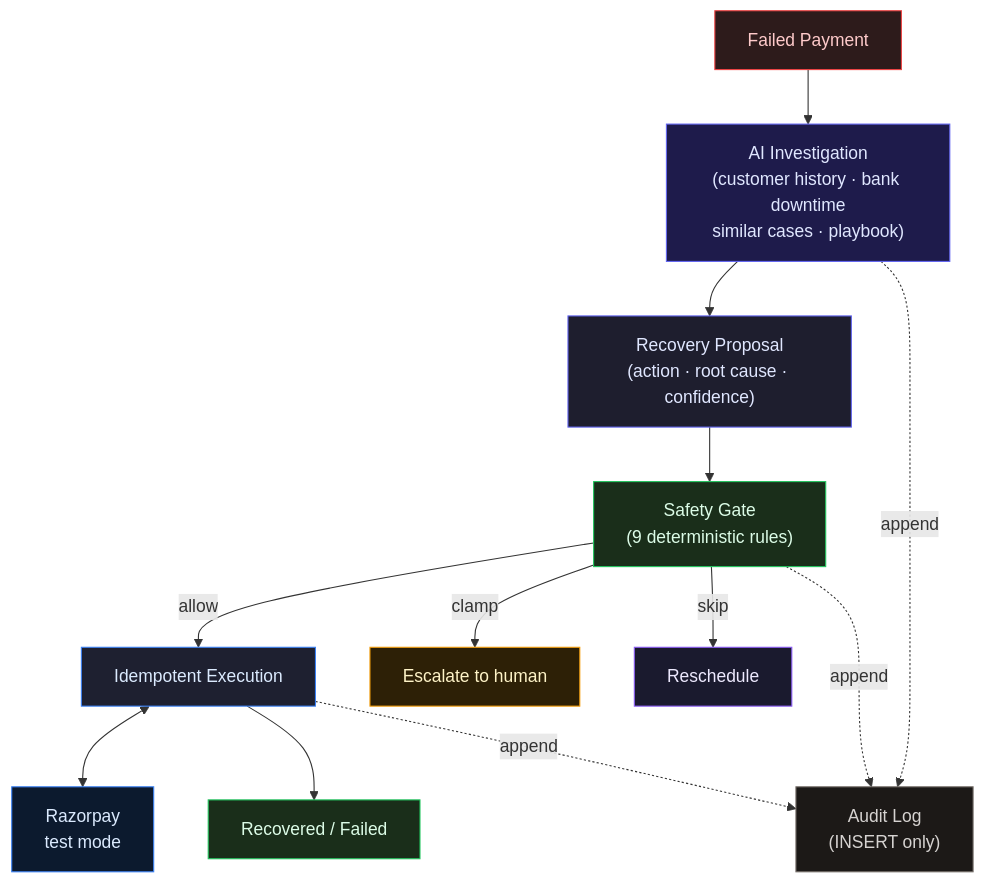
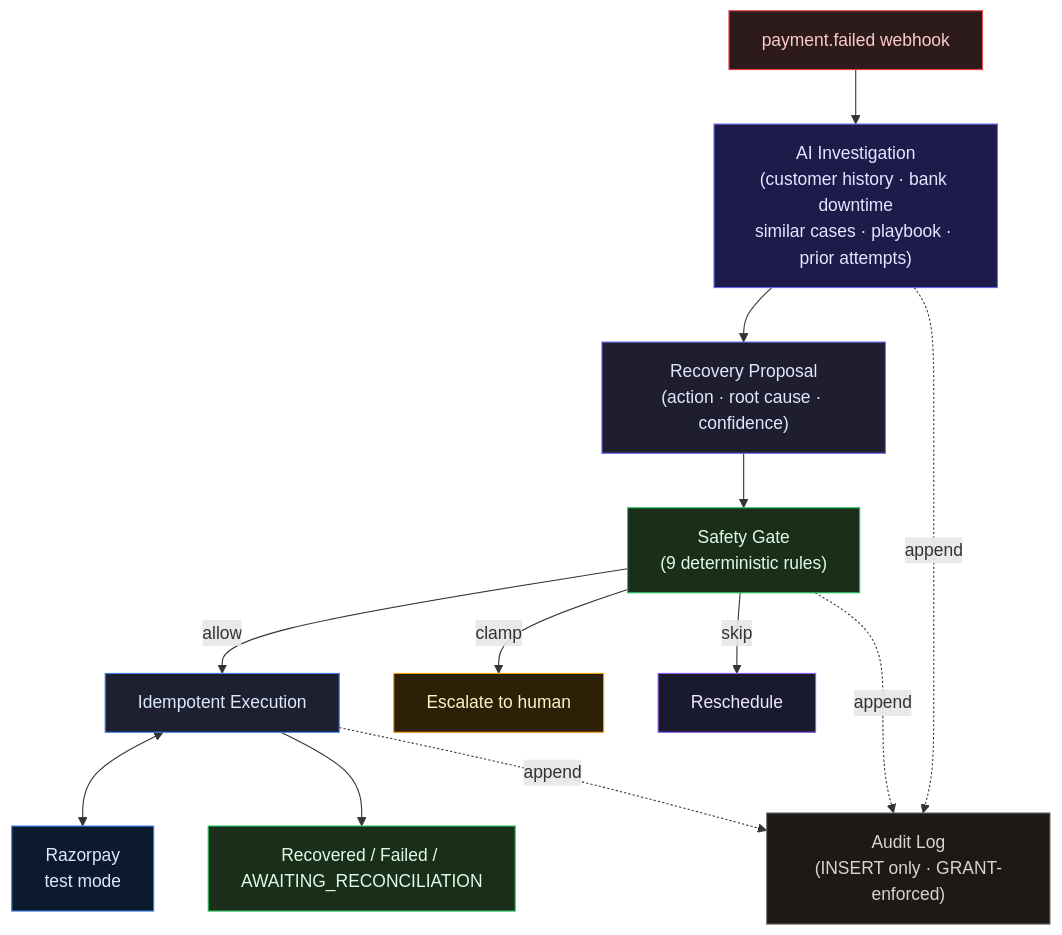
Before and after one commit to Mithurn/Razorpay-track3: the diagram in README.md, drawn with Mermaid. The commit also changed other lines of this file and 11 other files, not shown here.

````diff
--- a/README.md
+++ b/README.md
@@ -85,32 +90,32 @@
 ```mermaid
 flowchart TD
-    FP["Failed Payment"]
-    
-    FP --> AGT["AI Investigation<br/>(customer history · bank downtime<br/>similar cases · playbook)"]
-    
+    FP["payment.failed webhook"]
+
+    FP --> AGT["AI Investigation<br/>(customer history · bank downtime<br/>similar cases · playbook · prior attempts)"]
+
     AGT --> PROP["Recovery Proposal<br/>(action · root cause · confidence)"]
-    
+
     PROP --> GATE["Safety Gate<br/>(9 deterministic rules)"]
-    
+
     GATE -- "allow" --> EX["Idempotent Execution"]
     GATE -- "clamp" --> ESC["Escalate to human"]
     GATE -- "skip" --> RS["Reschedule"]
-    
+
     EX <--> RZ["Razorpay<br/>test mode"]
-    EX --> OUT["Recovered / Failed"]
-    
-    AGT -. "append" .-> LOG["Audit Log<br/>(INSERT only)"]
+    EX --> OUT["Recovered / Failed / AWAITING_RECONCILIATION"]
+
+    AGT -. "append" .-> LOG["Audit Log<br/>(INSERT only · GRANT-enforced)"]
     GATE -. "append" .-> LOG
     EX -. "append" .-> LOG
-    
+
     style AGT fill:#1e1b4b,stroke:#6366f1,color:#e0e7ff
     style GATE fill:#1a2e1a,stroke:#22c55e,color:#dcfce7
     style LOG fill:#1c1917,stroke:#78716c,color:#d6d3d1
     style RZ fill:#0c1a2e,stroke:#3b82f6,color:#dbeafe
     style FP fill:#2d1b1b,stroke:#ef4444,color:#fecaca
     style ESC fill:#2d2006,stroke:#f59e0b,color:#fef3c7
     style RS fill:#1a1a2e,stroke:#8b5cf6,color:#ede9fe
     style OUT fill:#1a2e1a,stroke:#22c55e,color:#dcfce7
     style PROP fill:#1e1e2e,stroke:#6366f1,color:#e0e7ff
     style EX fill:#1e2030,stroke:#3b82f6,color:#dbeafe
 ```
````
